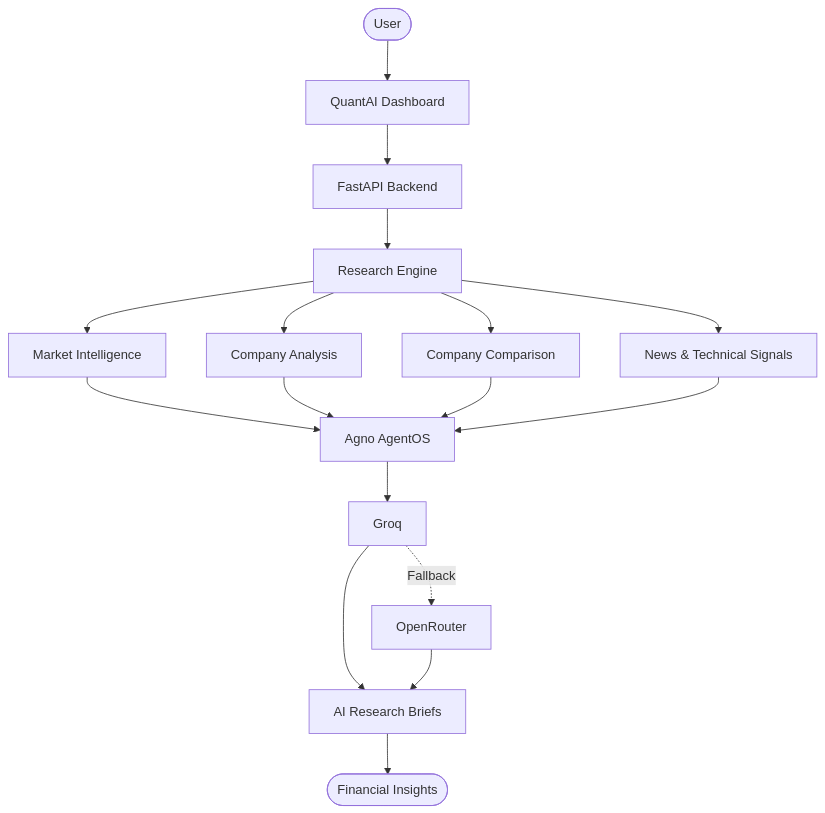
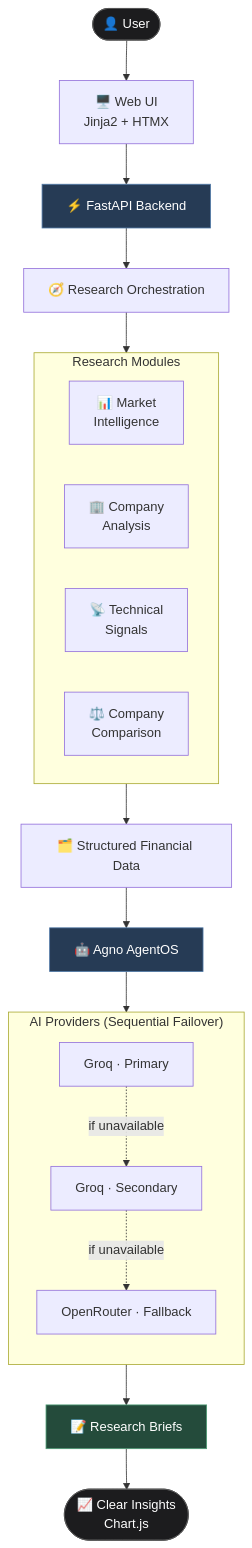
Before and after one commit to SamSurve/QuantAI: the diagram in README.md, drawn with Mermaid. The commit also changed other lines of this file, not shown here.

````diff
--- a/README.md
+++ b/README.md
@@ -8,19 +35,37 @@
 ```mermaid
-flowchart TD
-    A(["User"]) --> B["QuantAI Dashboard"]
-    B --> C["FastAPI Backend"]
-    C --> D["Research Engine"]
-    D --> E["Market Intelligence"]
-    D --> F["Company Analysis"]
-    D --> G["Company Comparison"]
-    D --> H["News & Technical Signals"]
-    E --> I["Agno AgentOS"]
-    F --> I
-    G --> I
-    H --> I
-    I --> J["Groq"]
-    J -. "Fallback" .-> K["OpenRouter"]
-    J --> L["AI Research Briefs"]
-    K --> L
-    L --> M(["Financial Insights"])
+flowchart TB
+    A(["👤 User"]) --> B["🖥️ Web UI<br/>Jinja2 + HTMX"]
+    B --> C["⚡ FastAPI Backend"]
+    C --> D["🧭 Research Orchestration"]
+
+    subgraph M["Research Modules"]
+        direction LR
+        E["📊 Market<br/>Intelligence"]
+        F["🏢 Company<br/>Analysis"]
+        G["📡 Technical<br/>Signals"]
+        H["⚖️ Company<br/>Comparison"]
+    end
+
+    D --> M
+    M --> I["🗂️ Structured Financial Data"]
+    I --> J["🤖 Agno AgentOS"]
+
+    subgraph P["AI Providers (Sequential Failover)"]
+        direction TB
+        K["Groq · Primary"]
+        L["Groq · Secondary"]
+        N["OpenRouter · Fallback"]
+        K -. "if unavailable" .-> L
+        L -. "if unavailable" .-> N
+    end
+
+    J --> P
+    P --> O["📝 Research Briefs"]
+    O --> Q(["📈 Clear Insights<br/>Chart.js"])
+
+    style A fill:#1c1c1e,color:#fff,stroke:#555
+    style Q fill:#1c1c1e,color:#fff,stroke:#555
+    style C fill:#263b55,color:#fff,stroke:#527ba8
+    style J fill:#263b55,color:#fff,stroke:#527ba8
+    style O fill:#244b3b,color:#fff,stroke:#4c9b74
 ```
````
